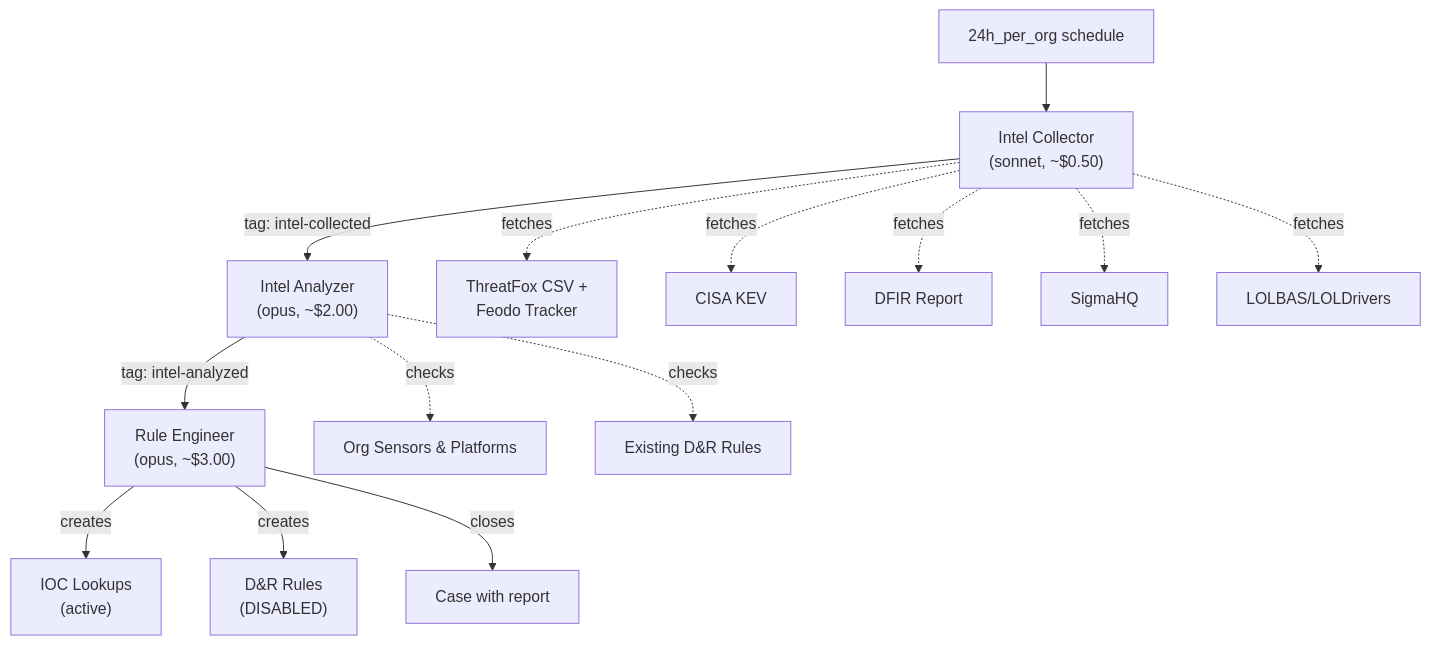
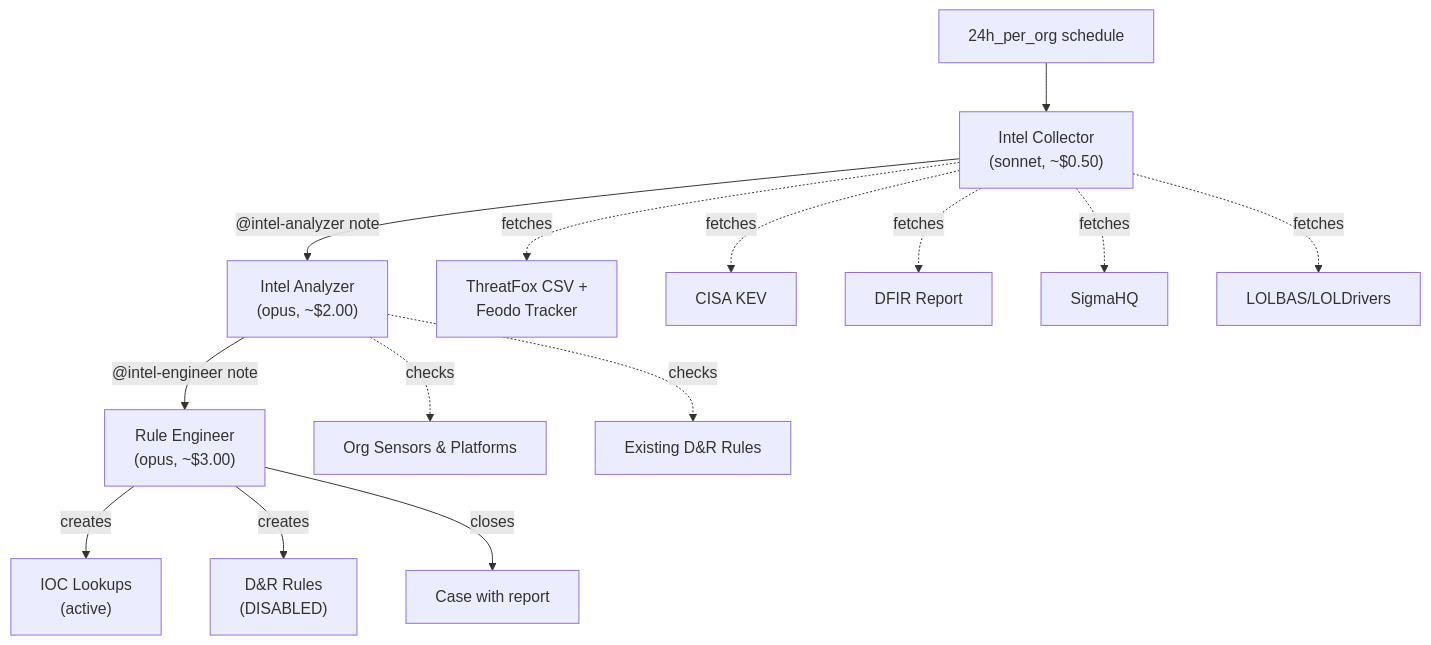
Before and after one commit to lc-cbot/lc-ai: the diagram in lc-soc/intel-soc/README.md, drawn with Mermaid. The commit also changed other lines of this file and 39 other files, not shown here.

````diff
--- a/lc-soc/intel-soc/README.md
+++ b/lc-soc/intel-soc/README.md
@@ -7,19 +7,19 @@
 ```mermaid
 flowchart TD
     sched["24h_per_org schedule"] --> collector["Intel Collector<br/>(sonnet, ~$0.50)"]
-    collector -->|"tag: intel-collected"| analyzer["Intel Analyzer<br/>(opus, ~$2.00)"]
-    analyzer -->|"tag: intel-analyzed"| engineer["Rule Engineer<br/>(opus, ~$3.00)"]
+    collector -->|"@intel-analyzer note"| analyzer["Intel Analyzer<br/>(opus, ~$2.00)"]
+    analyzer -->|"@intel-engineer note"| engineer["Rule Engineer<br/>(opus, ~$3.00)"]
 
     collector -.->|fetches| tf["ThreatFox CSV +<br/>Feodo Tracker"]
     collector -.->|fetches| kev["CISA KEV"]
     collector -.->|fetches| dfir["DFIR Report"]
     collector -.->|fetches| sigma["SigmaHQ"]
     collector -.->|fetches| lol["LOLBAS/LOLDrivers"]
 
     analyzer -.->|checks| sensors["Org Sensors & Platforms"]
     analyzer -.->|checks| existing["Existing D&R Rules"]
 
     engineer -->|creates| lookups["IOC Lookups<br/>(active)"]
     engineer -->|creates| rules["D&R Rules<br/>(DISABLED)"]
     engineer -->|closes| case["Case with report"]
 ```
````
